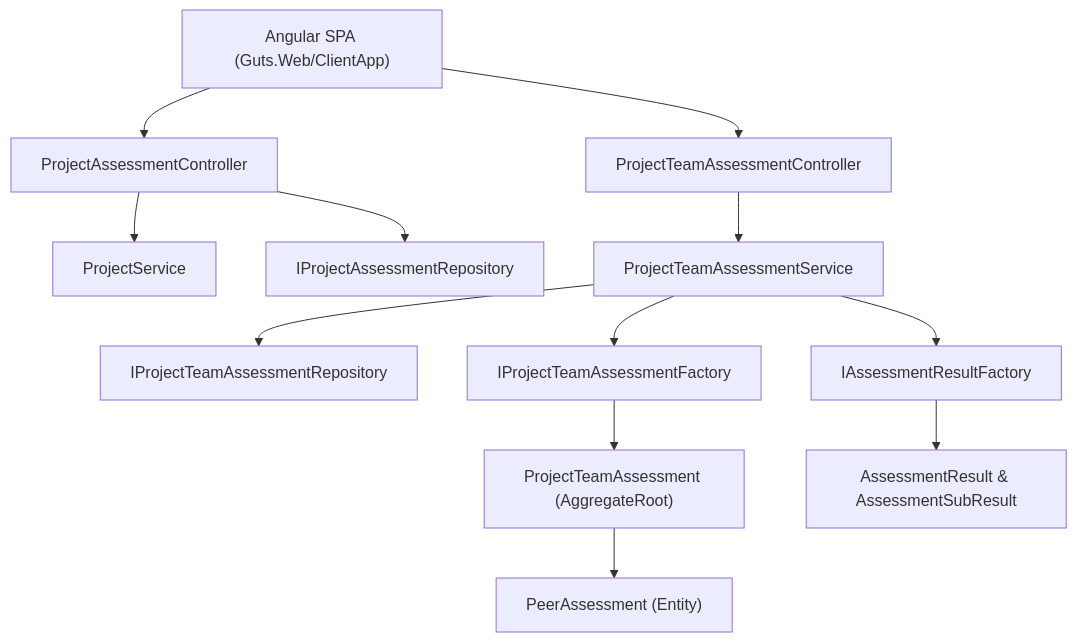
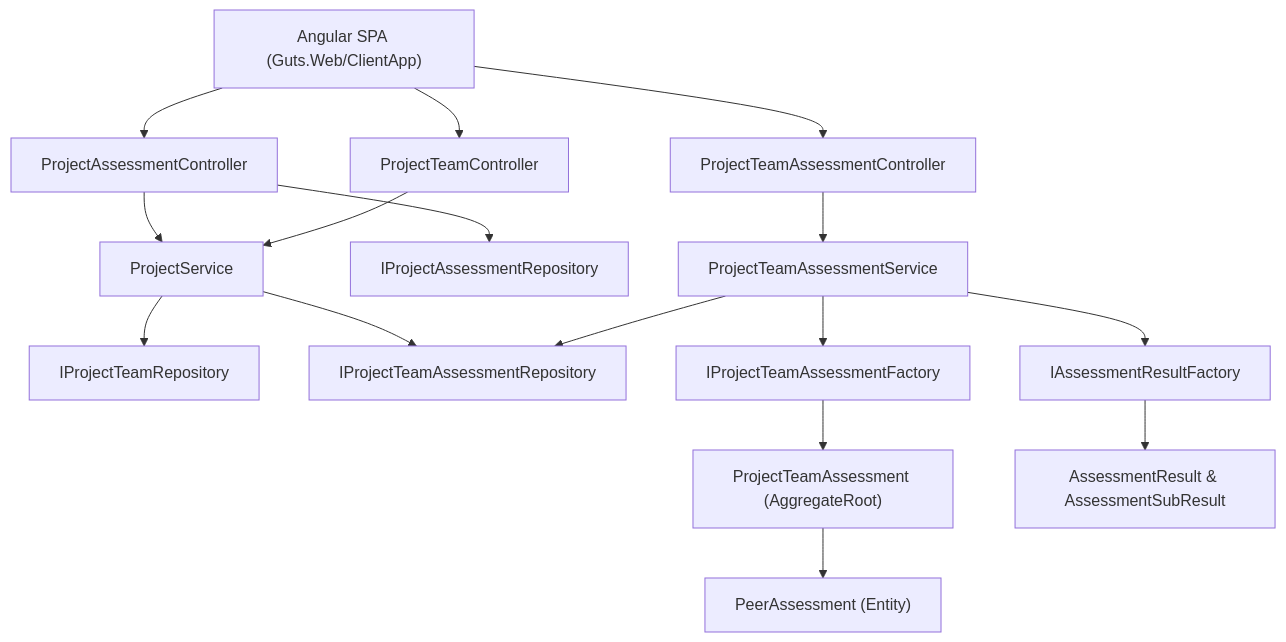
One commit to PXL-IT-NET/Guts changed the diagram in Backoffice/specs/001-peer-assessments/design.md. Above: the diagram before and after it, drawn with Mermaid. The commit also changed other lines of this file and 35 other files, not shown here.

````diff
--- a/Backoffice/specs/001-peer-assessments/design.md
+++ b/Backoffice/specs/001-peer-assessments/design.md
@@ -13,14 +13,18 @@
 ```mermaid
 flowchart TD
     SPA["Angular SPA (Guts.Web/ClientApp)"] --> PAC["ProjectAssessmentController"]
     SPA --> PTAC["ProjectTeamAssessmentController"]
+    SPA --> PTC["ProjectTeamController"]
     PAC --> PS["ProjectService"]
+    PTC --> PS
+    PS --> PTR["IProjectTeamRepository"]
+    PS --> PTAR["IProjectTeamAssessmentRepository"]
     PAC --> PAR["IProjectAssessmentRepository"]
     PTAC --> PTAS["ProjectTeamAssessmentService"]
-    PTAS --> PTAR["IProjectTeamAssessmentRepository"]
+    PTAS --> PTAR
     PTAS --> PTAF["IProjectTeamAssessmentFactory"]
     PTAS --> ARF["IAssessmentResultFactory"]
     PTAF --> PTA["ProjectTeamAssessment (AggregateRoot)"]
     PTA --> PA["PeerAssessment (Entity)"]
     ARF --> AR["AssessmentResult & AssessmentSubResult"]
 ```
````
